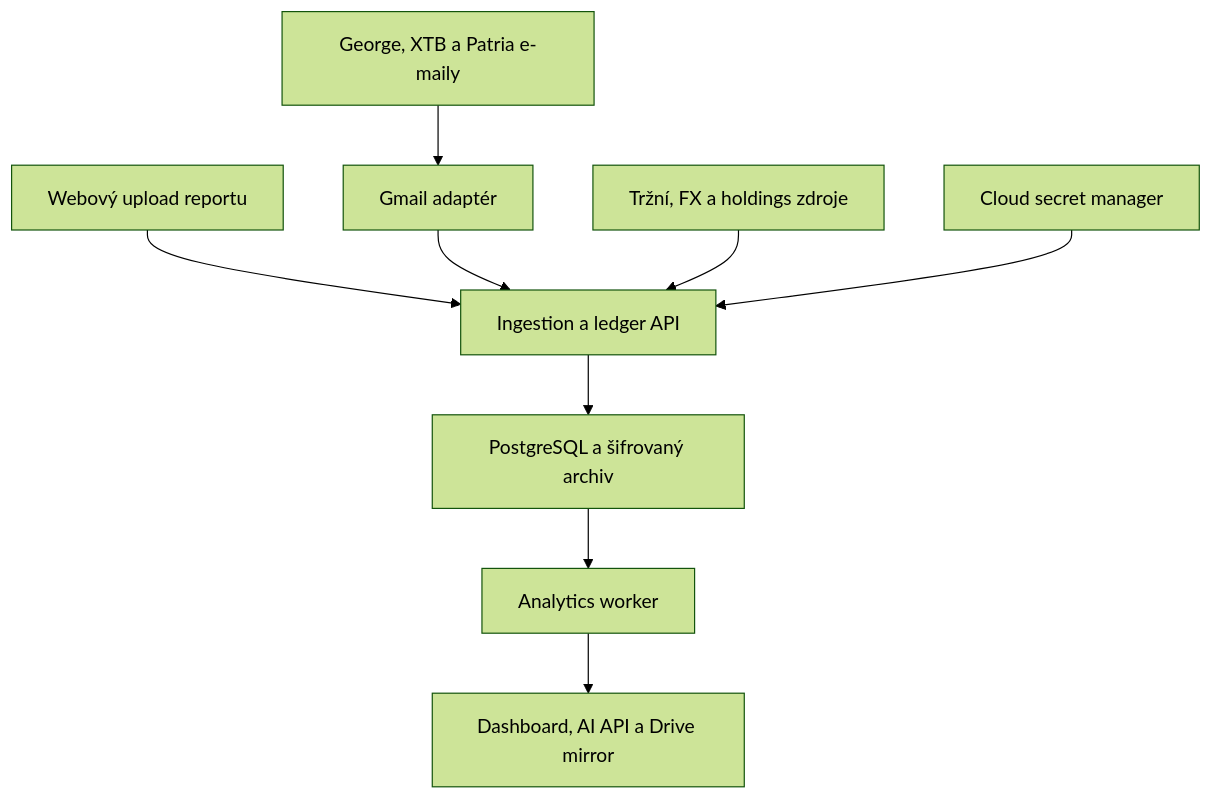
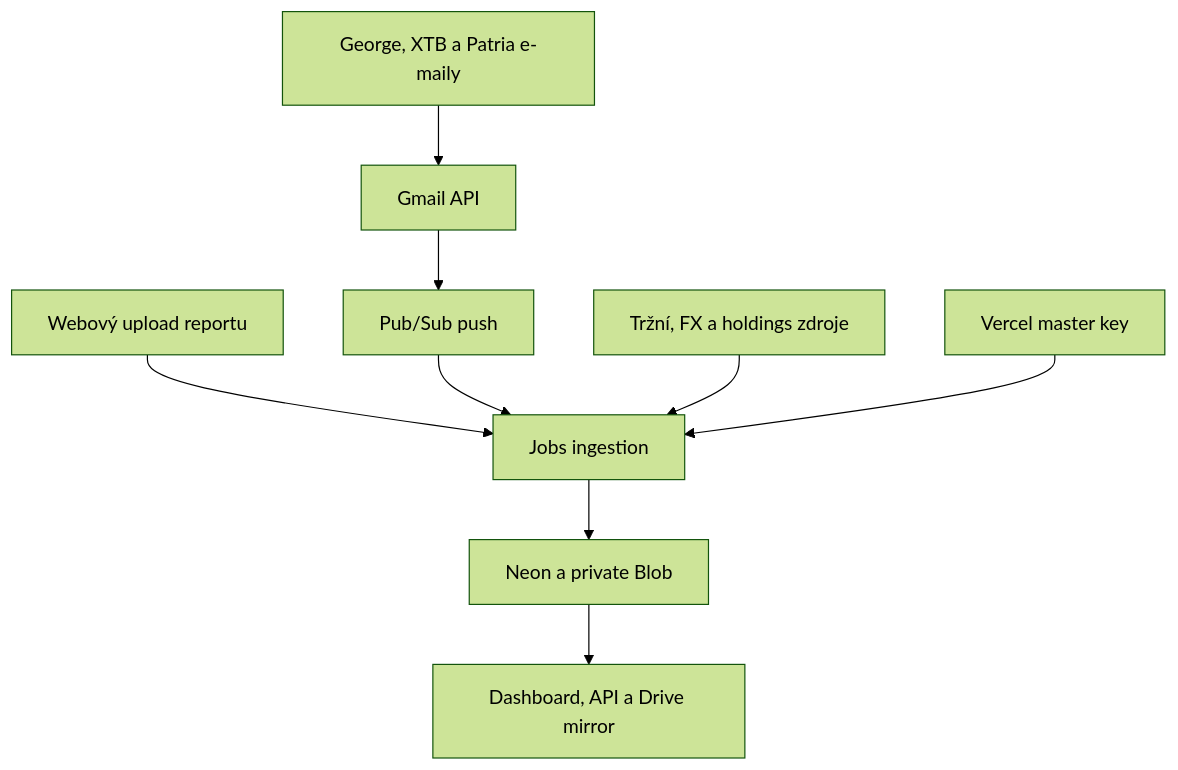
One commit to jgillern/portfolio changed the second of 2 diagrams in README.md. Above: the diagram before and after it, drawn with Mermaid (forest theme). The commit also changed other lines of this file, not shown here.

Commit message:
docs: adapt architecture for Vercel Hobby free tier

````diff
--- a/README.md
+++ b/README.md
@@ -463,11 +466,11 @@
 ```mermaid
 flowchart TD
-    A["George, XTB a Patria e-maily"] --> B["Gmail adaptér"]
-    C["Webový upload reportu"] --> E["Ingestion a ledger API"]
-    B --> E
-    D["Tržní, FX a holdings zdroje"] --> E
-    F["Cloud secret manager"] --> E
-    E --> G["PostgreSQL a šifrovaný archiv"]
-    G --> H["Analytics worker"]
-    H --> I["Dashboard, AI API a Drive mirror"]
+    A["George, XTB a Patria e-maily"] --> B["Gmail API"]
+    B --> C["Pub/Sub push"]
+    D["Webový upload reportu"] --> E["Jobs ingestion"]
+    C --> E
+    F["Tržní, FX a holdings zdroje"] --> E
+    G["Vercel master key"] --> E
+    E --> H["Neon a private Blob"]
+    H --> I["Dashboard, API a Drive mirror"]
 ```
````
